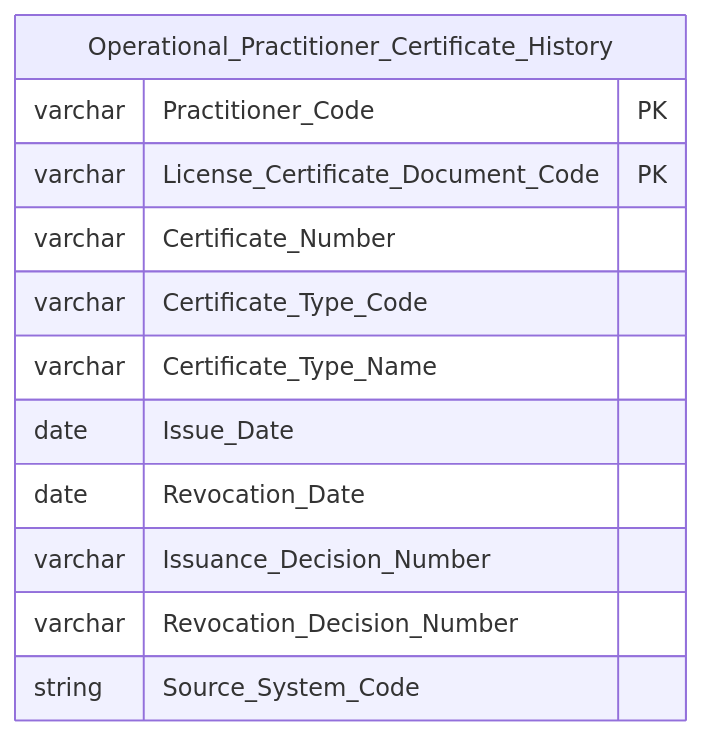
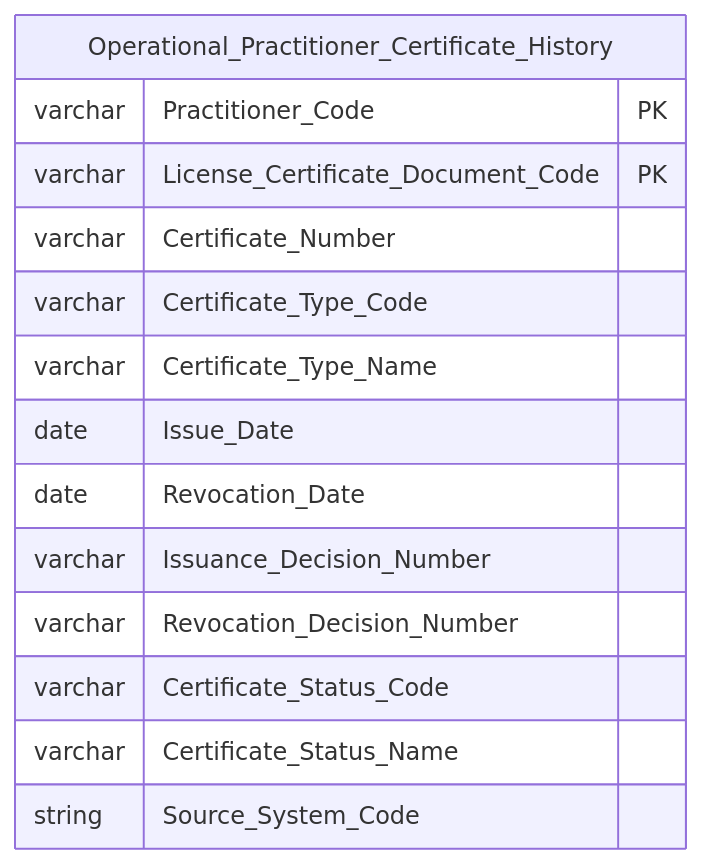
One commit to linhlvit/ubck_atomic_design changed diagram 30 of 40 in Datamart/hld/DTM_NHNCK_HLD.md. Above: the diagram before and after it, drawn with Mermaid. The commit also changed other lines of this file and 60 other files, not shown here.

````diff
--- a/Datamart/hld/DTM_NHNCK_HLD.md
+++ b/Datamart/hld/DTM_NHNCK_HLD.md
@@ -1258,16 +1269,18 @@
 ```mermaid
 erDiagram
     Operational_Practitioner_Certificate_History {
         varchar Practitioner_Code PK
         varchar License_Certificate_Document_Code PK
         varchar Certificate_Number
         varchar Certificate_Type_Code
         varchar Certificate_Type_Name
         date Issue_Date
         date Revocation_Date
         varchar Issuance_Decision_Number
         varchar Revocation_Decision_Number
+        varchar Certificate_Status_Code
+        varchar Certificate_Status_Name
         string Source_System_Code
 
     }
 ```
````
